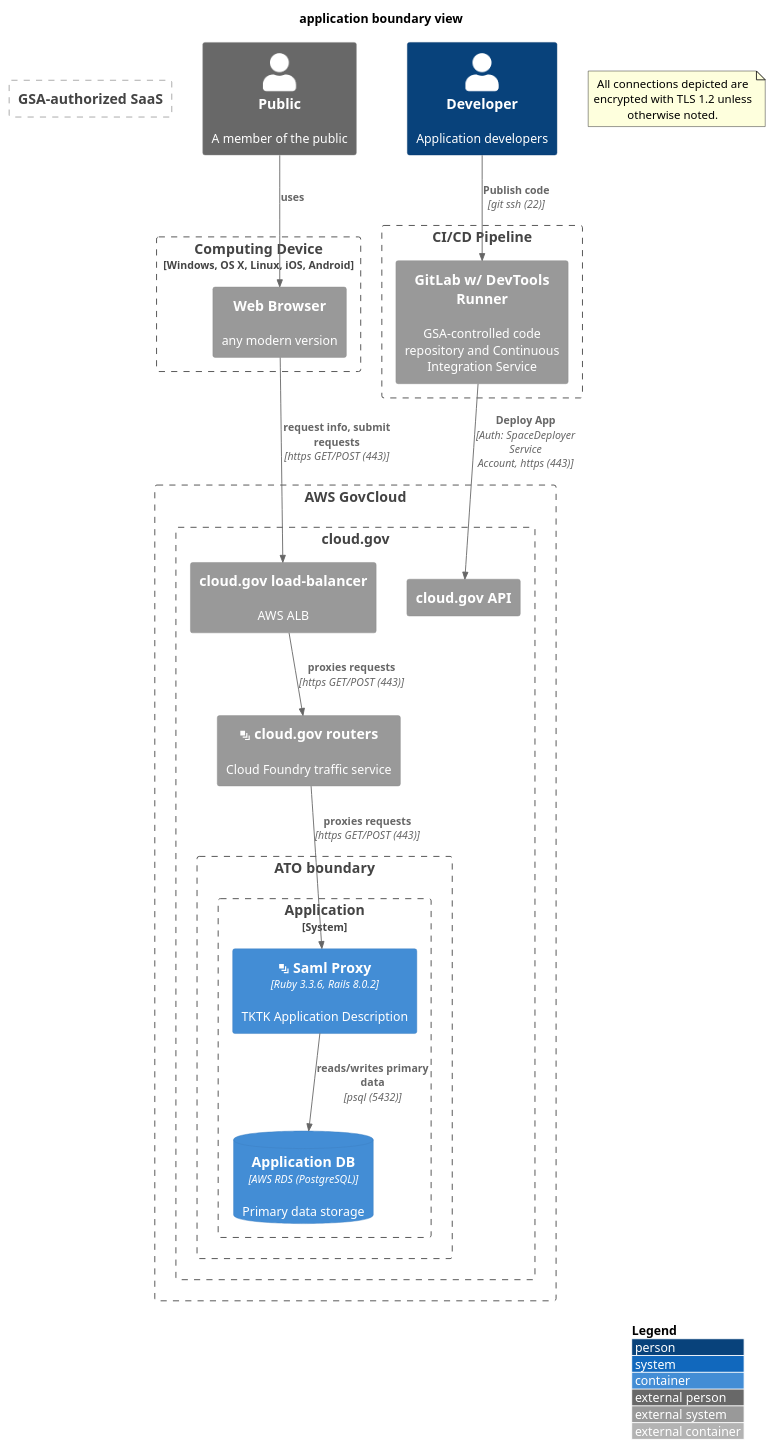
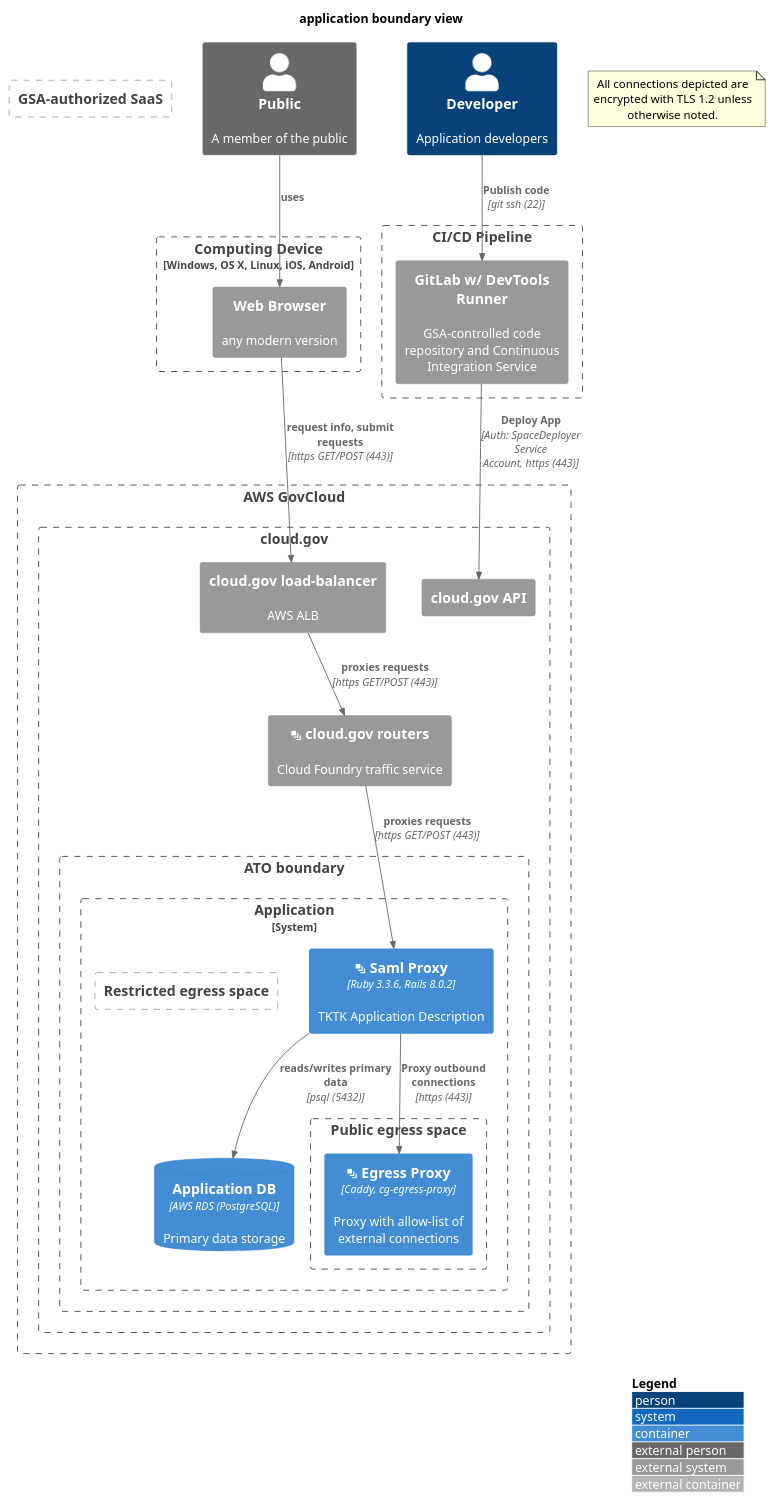
The diagram in doc/compliance/apps/application.boundary.md (rahearn/saml-proxy), drawn with PlantUML before and after one commit. The commit also changed 6 other files, not shown here.

Commit message:
Add egress proxy

````diff
--- a/doc/compliance/apps/application.boundary.md
+++ b/doc/compliance/apps/application.boundary.md
@@ -5,48 +5,54 @@
 ```plantuml
 @startuml
 !include https://raw.githubusercontent.com/plantuml-stdlib/C4-PlantUML/master/C4_Container.puml
 ' uncomment the following line and comment the first to use locally
 ' !include C4_Container.puml
 LAYOUT_WITH_LEGEND()
 title application boundary view
 
 Person_Ext(public, "Public", "A member of the public")
 Person(developer, "Developer", "Application developers")
 
 Boundary(device, "Computing Device", "Windows, OS X, Linux, iOS, Android"){
     System_Ext(browser, "Web Browser", "any modern version")
 }
 Rel(public, browser, "uses", "")
 
 note as EncryptionNote
 All connections depicted are encrypted with TLS 1.2 unless otherwise noted.
 end note
 Boundary(aws, "AWS GovCloud") {
     Boundary(cloudgov, "cloud.gov") {
         System_Ext(cg_api, "cloud.gov API")
         System_Ext(aws_alb, "cloud.gov load-balancer", "AWS ALB")
         System_Ext(cloudgov_router, "<&layers> cloud.gov routers", "Cloud Foundry traffic service")
         Boundary(atob, "ATO boundary") {
             System_Boundary(inventory, "Application") {
+                Boundary(restricted_space, "Restricted egress space") {
+                }
+                Boundary(egress_space, "Public egress space") {
+                    Container(proxy, "<&layers> Egress Proxy", "Caddy, cg-egress-proxy", "Proxy with allow-list of external connections")
+                }
                 Container(app, "<&layers> Saml Proxy", "Ruby 3.3.6, Rails 8.0.2", "TKTK Application Description")
                 ContainerDb(app_db, "Application DB", "AWS RDS (PostgreSQL)", "Primary data storage")
             }
         }
     }
 }
 
 Boundary(gsa_saas, "GSA-authorized SaaS") {
 }
 
 Boundary(cicd, "CI/CD Pipeline") {
     System_Ext(gitlabci, "GitLab w/ DevTools Runner", "GSA-controlled code repository and Continuous Integration Service")
 }
 
 Rel(browser, aws_alb, "request info, submit requests", "https GET/POST (443)")
 Rel(aws_alb, cloudgov_router, "proxies requests", "https GET/POST (443)")
 Rel(cloudgov_router, app, "proxies requests", "https GET/POST (443)")
 Rel(app, app_db, "reads/writes primary data", "psql (5432)")
 Rel(developer, gitlabci, "Publish code", "git ssh (22)")
 Rel(gitlabci, cg_api, "Deploy App", "Auth: SpaceDeployer Service Account, https (443)")
+Rel(app, proxy, "Proxy outbound connections", "https (443)")
 @enduml
 ```
````
